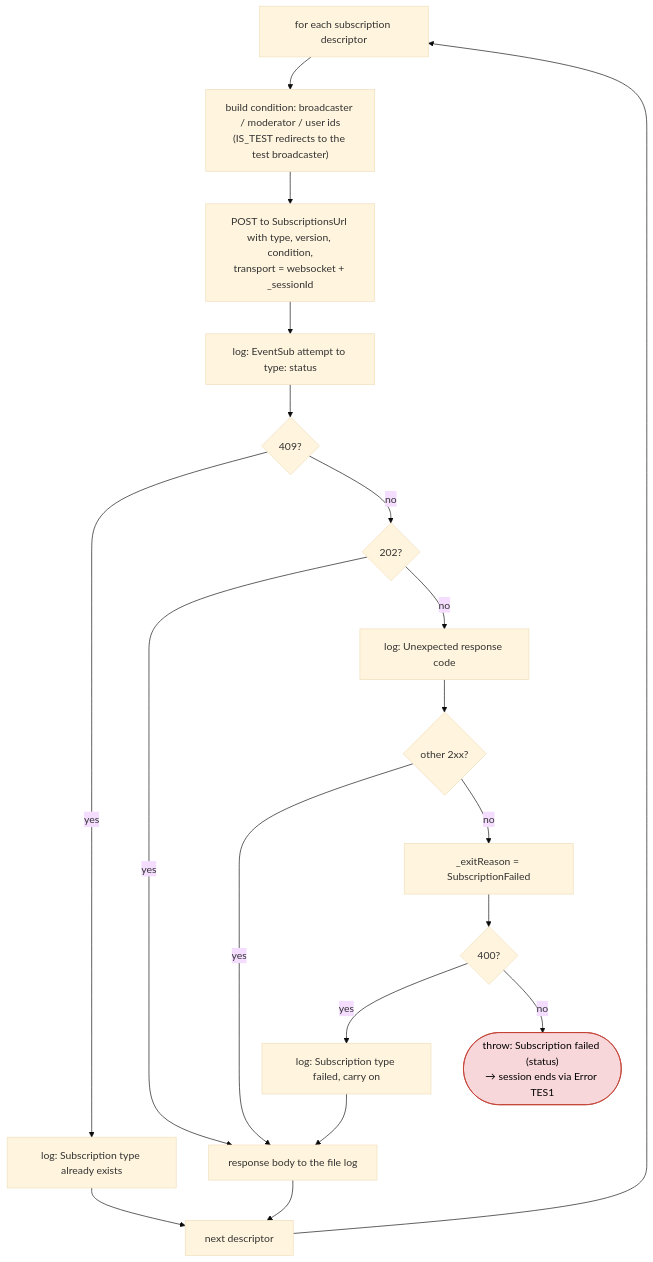
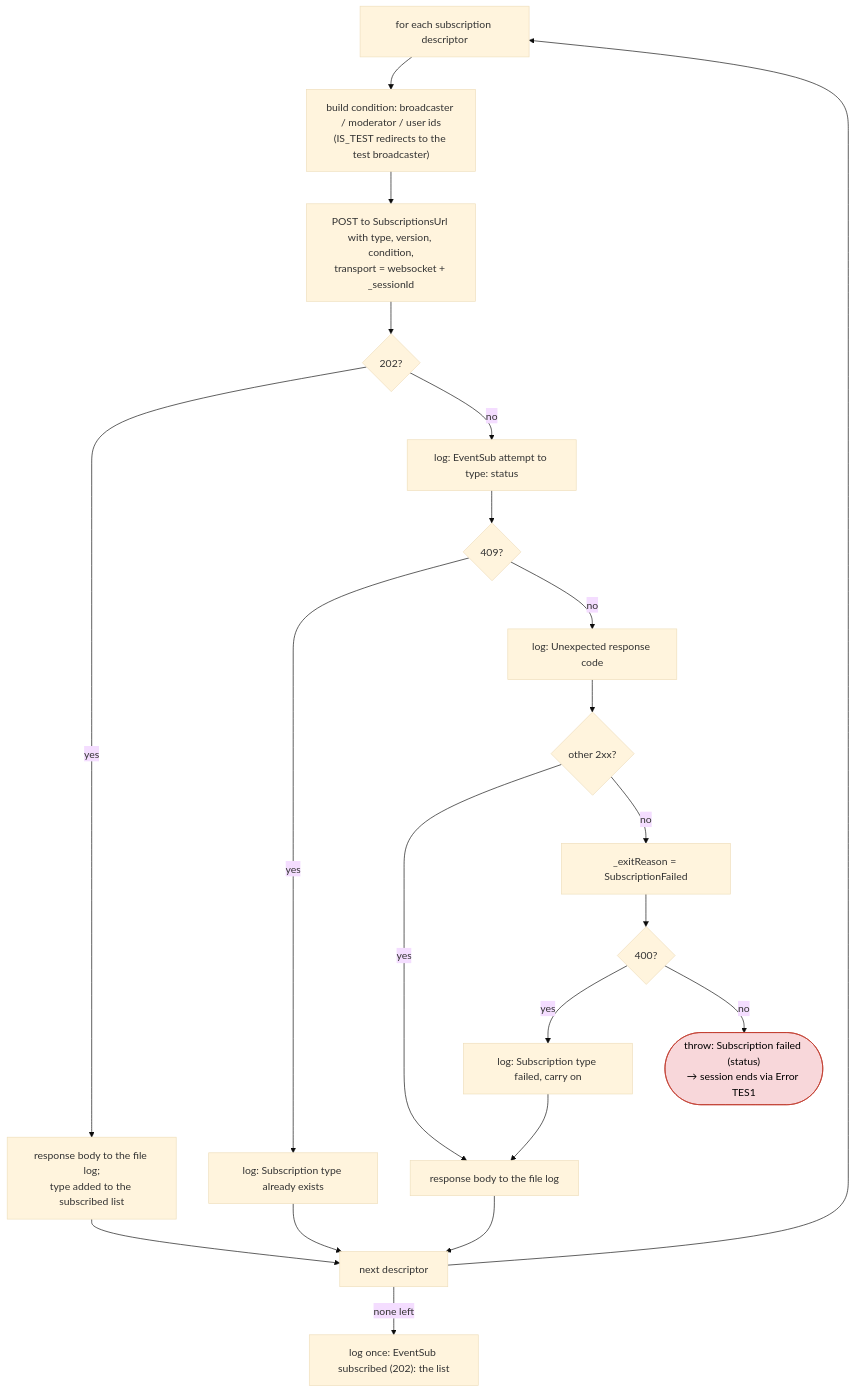
The third of 7 diagrams in StreamAssistant2/docs/eventsub-flow.md (lotsofs/StreamAssistant), drawn with Mermaid (base theme) before and after one commit. The commit also changed 4 other files, not shown here.

````diff
--- a/StreamAssistant2/docs/eventsub-flow.md
+++ b/StreamAssistant2/docs/eventsub-flow.md
@@ -85,20 +85,21 @@
 ```mermaid
 flowchart TD
     each["for each subscription descriptor"] --> cond["build condition: broadcaster / moderator / user ids<br/>(IS_TEST redirects to the test broadcaster)"]
     cond --> post["POST to SubscriptionsUrl with type, version, condition,<br/>transport = websocket + _sessionId"]
-    post --> logcode["log: EventSub attempt to type: status"]
+    post --> s202{"202?"}
+    s202 -- yes --> collect["response body to the file log;<br/>type added to the subscribed list"] --> next
+    s202 -- no --> logcode["log: EventSub attempt to type: status"]
     logcode --> s409{"409?"}
     s409 -- yes --> exists["log: Subscription type already exists"] --> next
-    s409 -- no --> s202{"202?"}
-    s202 -- yes --> ok["response body to the file log"] --> next
-    s202 -- no --> unexpected["log: Unexpected response code"]
+    s409 -- no --> unexpected["log: Unexpected response code"]
     unexpected --> success{"other 2xx?"}
-    success -- yes --> ok
+    success -- yes --> ok["response body to the file log"] --> next
     success -- no --> mark["_exitReason = SubscriptionFailed"]
     mark --> s400{"400?"}
     s400 -- yes --> f400["log: Subscription type failed, carry on"] --> ok
     s400 -- no --> thrown(["throw: Subscription failed (status)<br/>→ session ends via Error TES1"]):::exit
     next["next descriptor"] --> each
+    next -- none left --> summary["log once: EventSub subscribed (202): the list"]
 
     classDef exit fill:#f8d7da,stroke:#c0392b,color:#000
 ```
````
